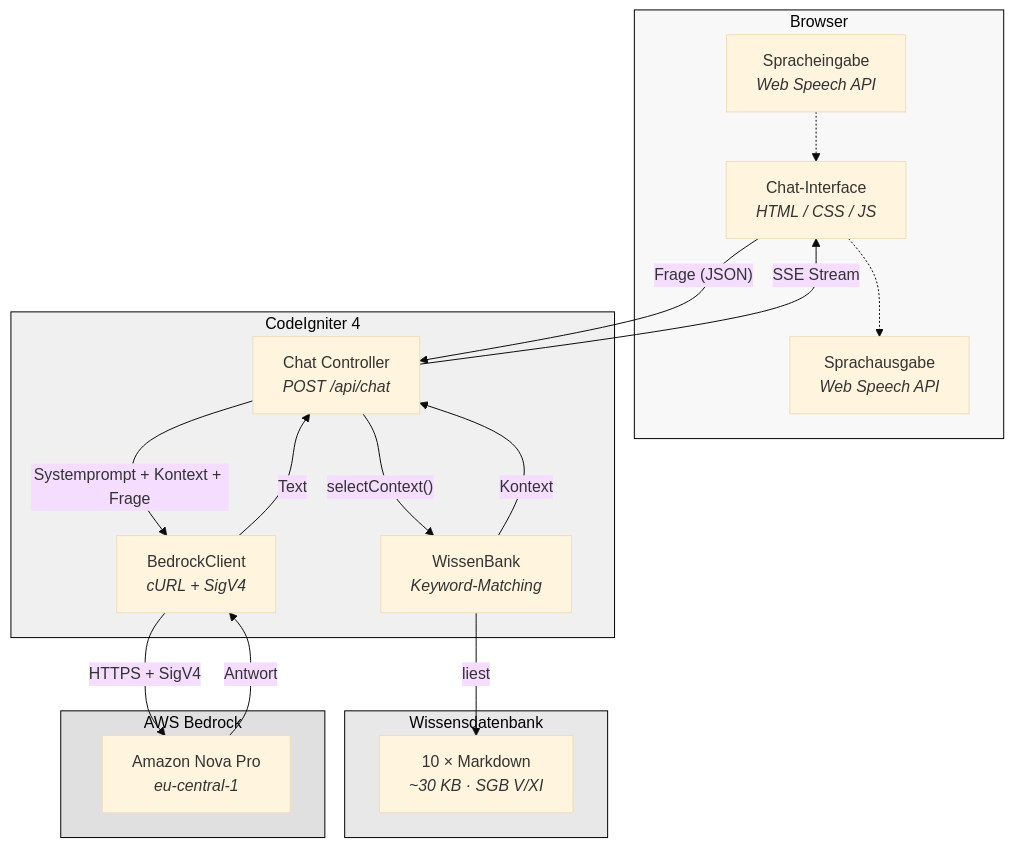
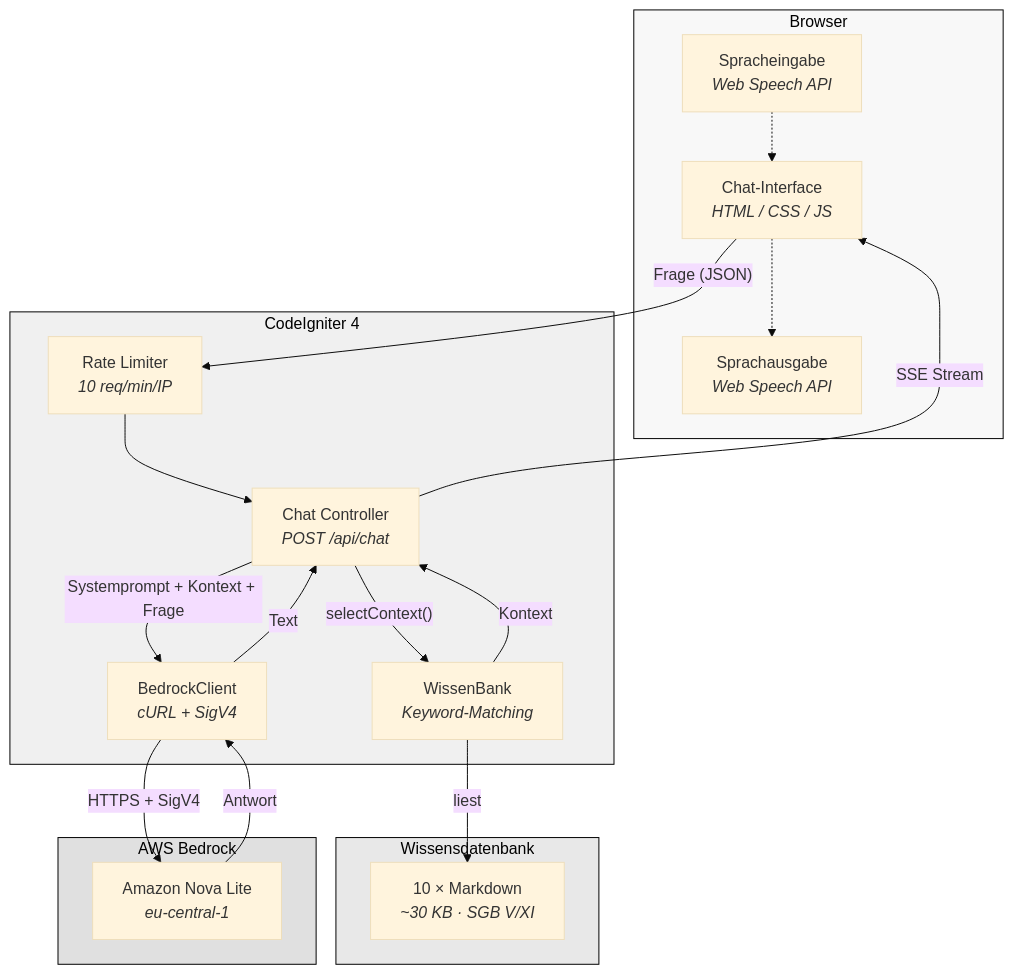
Before and after one commit to Kelliaenvisioned219/gkv-chatbot: the first of 2 diagrams in README.md, drawn with Mermaid (base theme). The commit also changed other lines of this file, not shown here.

````diff
--- a/README.md
+++ b/README.md
@@ -99,39 +112,41 @@
 ```mermaid
 flowchart TB
     subgraph CLIENT["Browser"]
         UI["Chat-Interface<br><em>HTML / CSS / JS</em>"]
         STT["Spracheingabe<br><em>Web Speech API</em>"]
         TTS["Sprachausgabe<br><em>Web Speech API</em>"]
     end
 
     subgraph SERVER["CodeIgniter 4"]
+        RL["Rate Limiter<br><em>10 req/min/IP</em>"]
         CHAT["Chat Controller<br><em>POST /api/chat</em>"]
         WB["WissenBank<br><em>Keyword-Matching</em>"]
         BC["BedrockClient<br><em>cURL + SigV4</em>"]
     end
 
     subgraph WISSEN["Wissensdatenbank"]
         MD["10 × Markdown<br><em>~30 KB · SGB V/XI</em>"]
     end
 
     subgraph AWS["AWS Bedrock"]
-        LLM["Amazon Nova Pro<br><em>eu-central-1</em>"]
+        LLM["Amazon Nova Lite<br><em>eu-central-1</em>"]
     end
 
-    UI -- "Frage (JSON)" --> CHAT
+    UI -- "Frage (JSON)" --> RL
     STT -.-> UI
+    RL --> CHAT
     CHAT -- "selectContext()" --> WB
     WB -- "liest" --> MD
     WB -- "Kontext" --> CHAT
     CHAT -- "Systemprompt + Kontext + Frage" --> BC
     BC -- "HTTPS + SigV4" --> LLM
     LLM -- "Antwort" --> BC
     BC -- "Text" --> CHAT
     CHAT -- "SSE Stream" --> UI
     UI -.-> TTS
 
     style CLIENT fill:#f8f8f8,stroke:#000,color:#000
     style SERVER fill:#f0f0f0,stroke:#000,color:#000
     style WISSEN fill:#e8e8e8,stroke:#000,color:#000
     style AWS fill:#e0e0e0,stroke:#000,color:#000
 ```
````
